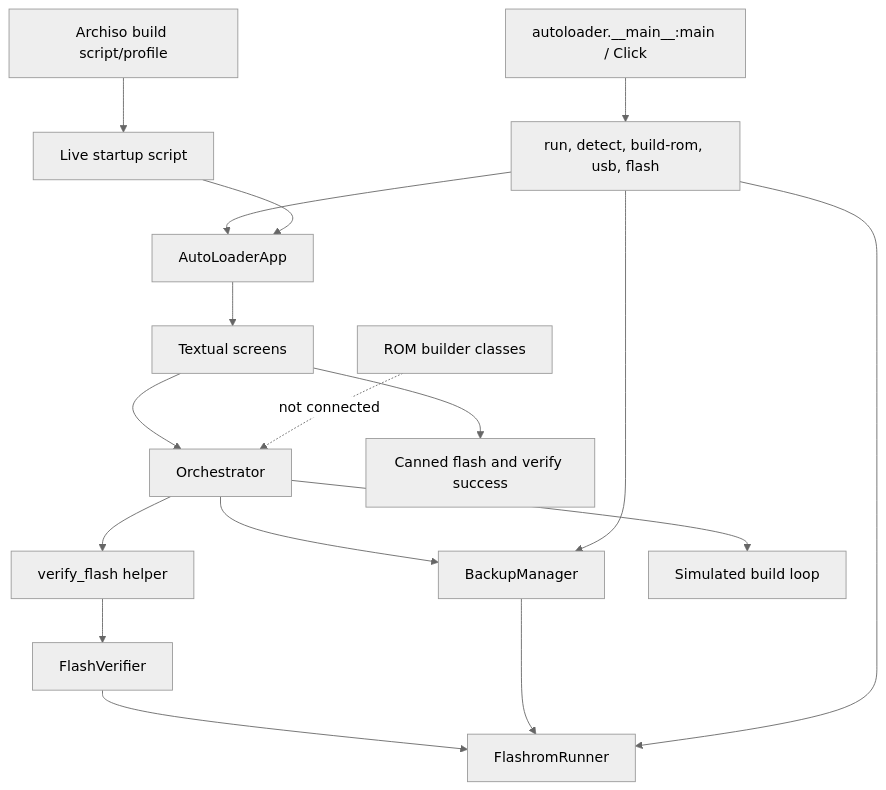
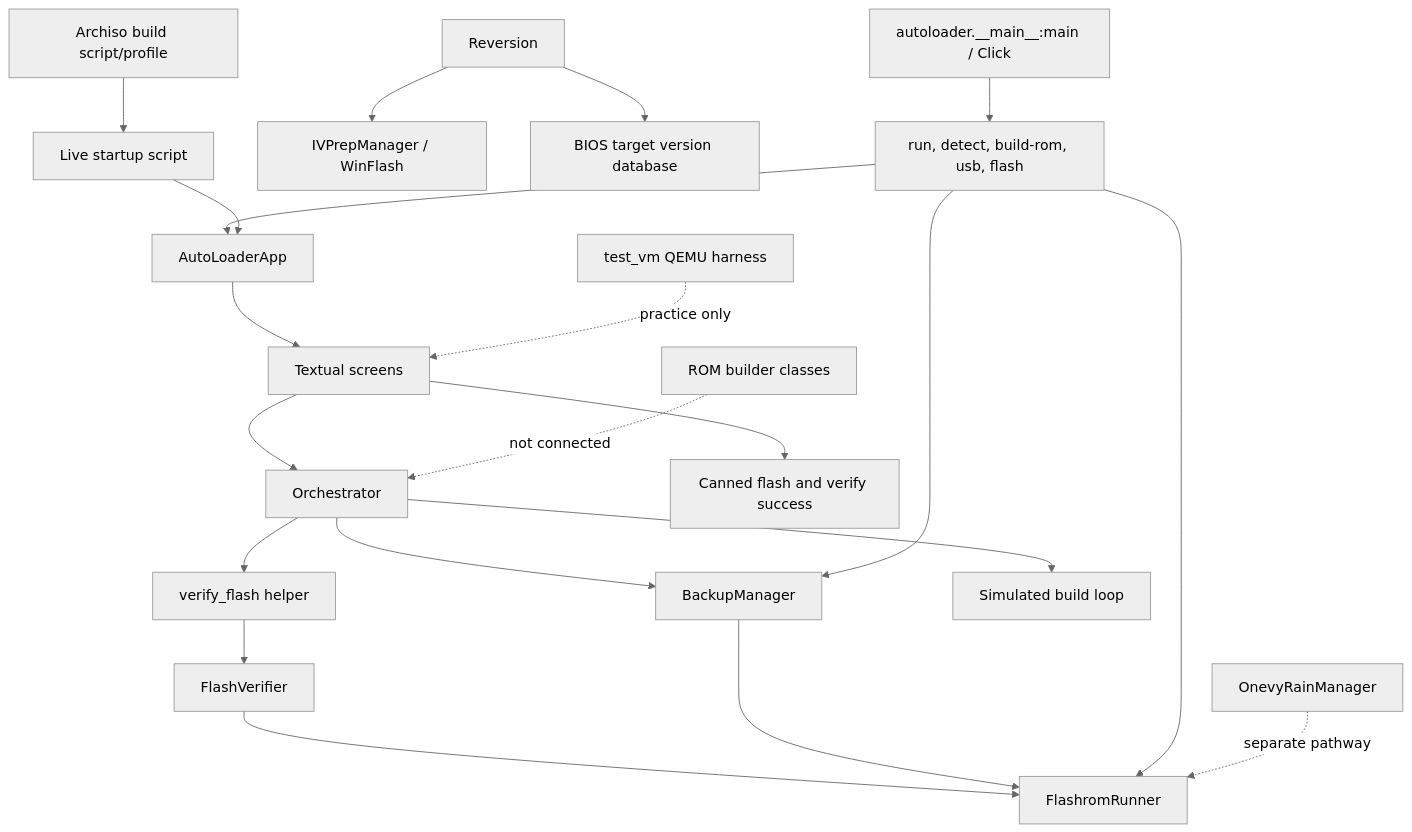
Before and after one commit to abharrison1995-droid/Libre_Core-AutoLoader: the diagram in docs/v1/ARCHITECTURE.md, drawn with Mermaid (neutral theme). The commit also changed other lines of this file and 5 other files, not shown here.

````diff
--- a/docs/v1/ARCHITECTURE.md
+++ b/docs/v1/ARCHITECTURE.md
@@ -5,19 +5,23 @@
 ```mermaid
 flowchart TD
   Entry[autoloader.__main__:main / Click] --> CLI[run, detect, build-rom, usb, flash]
   CLI --> App[AutoLoaderApp]
   App --> Screens[Textual screens]
   Screens --> Orch[Orchestrator]
   Orch --> Backup[BackupManager]
   Orch --> Verify[verify_flash helper]
   Verify --> FlashVerifier[FlashVerifier]
   FlashVerifier --> Runner[FlashromRunner]
   Backup --> Runner
   CLI --> Runner
   CLI --> Backup
   Orch --> FakeBuild[Simulated build loop]
   Screens --> FakeFlash[Canned flash and verify success]
   Builder[ROM builder classes] -. not connected .-> Orch
+  Reversion --> IVprep[IVPrepManager / WinFlash]
+  Reversion --> BIOSDB[BIOS target version database]
+  Onevy[OnevyRainManager] -. separate pathway .-> Runner
   USB[Archiso build script/profile] --> Start[Live startup script]
   Start --> App
+  VM[test_vm QEMU harness] -. practice only .-> Screens
 ```
````
